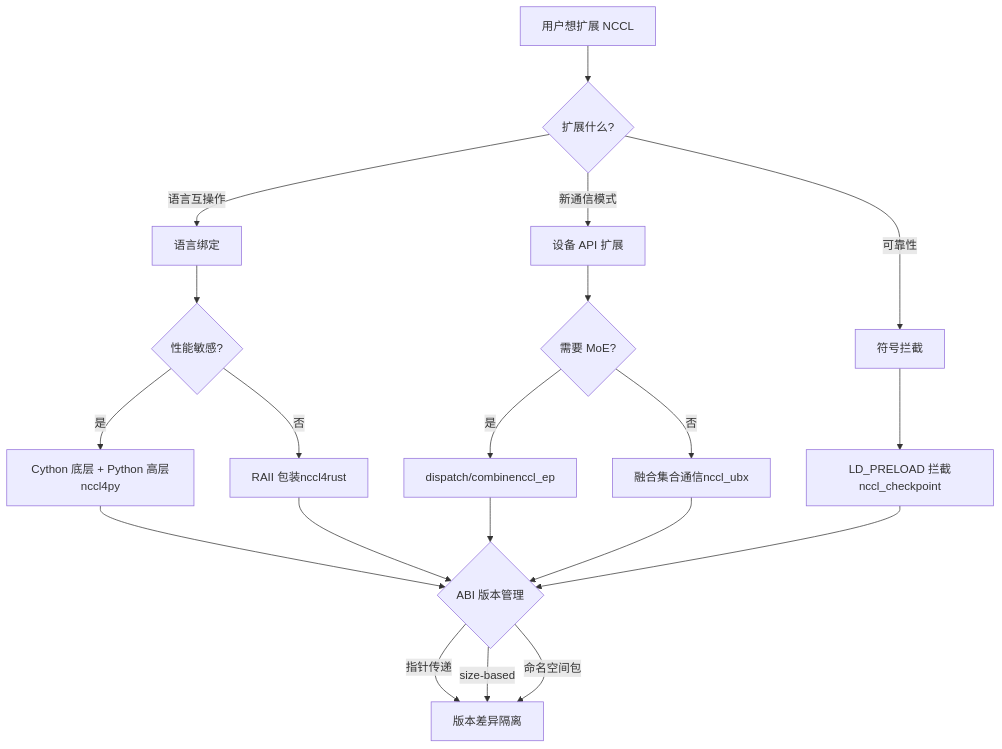
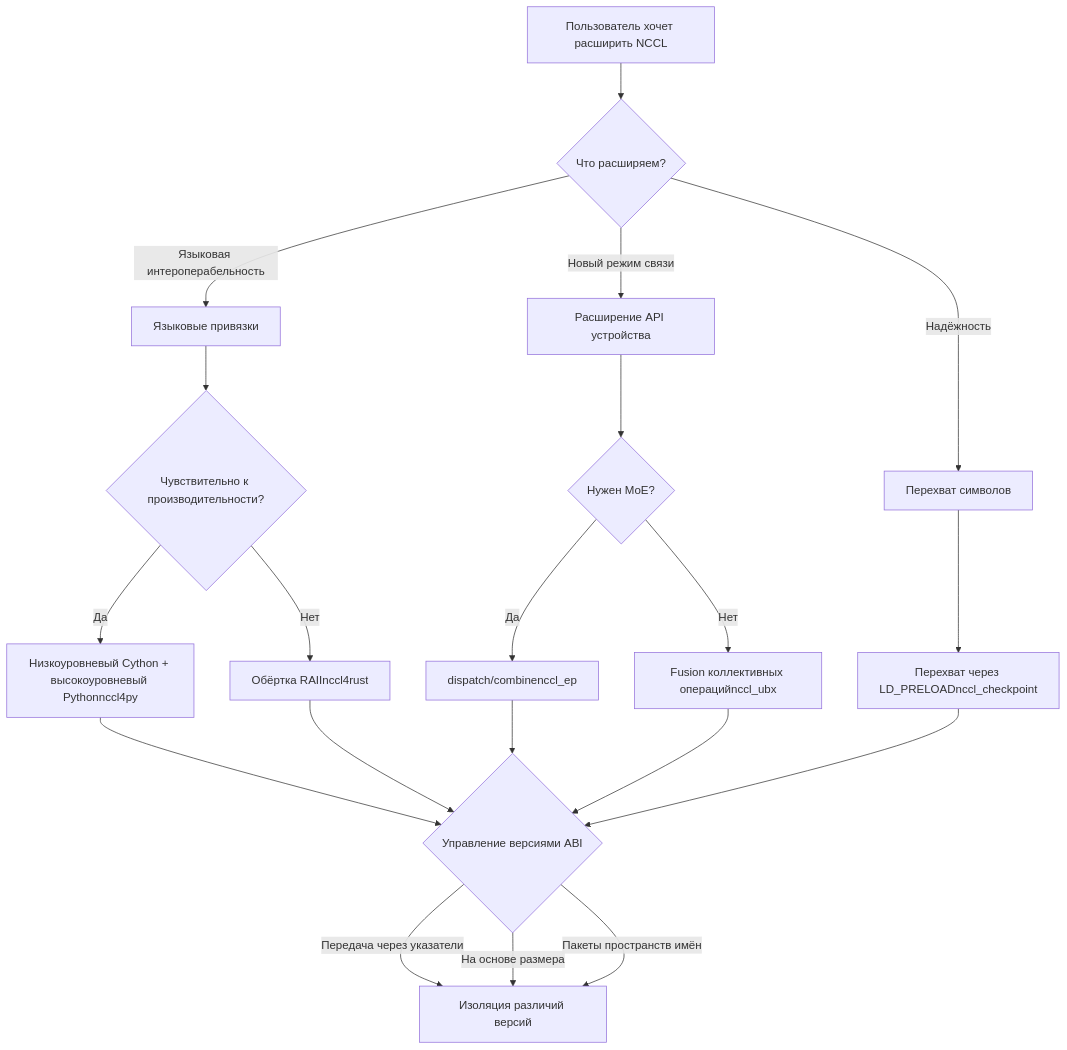
The second of 2 diagrams in books/nccl/ru/23-ecosystem-nccl4py-nccl4rust-nccl-ep.md (maleRjc/AiReadCodeBooks), drawn with Mermaid before and after one commit. The commit also changed other lines of this file and 74 other files, not shown here.

````diff
--- a/books/nccl/ru/23-ecosystem-nccl4py-nccl4rust-nccl-ep.md
+++ b/books/nccl/ru/23-ecosystem-nccl4py-nccl4rust-nccl-ep.md
@@ -370,22 +372,22 @@
 ```mermaid
 flowchart TD
-    start["用户想扩展 NCCL"] --> q1{"扩展什么?"}
-    q1 -->|"语言互操作"| lang["语言绑定"]
-    q1 -->|"新通信模式"| dev["设备 API 扩展"]
-    q1 -->|"可靠性"| ckpt["符号拦截"]
-    lang --> q2{"性能敏感?"}
-    q2 -->|"是"| cython["Cython 底层 + Python 高层nccl4py"]
-    q2 -->|"否"| raii["RAII 包装nccl4rust"]
-    dev --> q3{"需要 MoE?"}
-    q3 -->|"是"| ep["dispatch/combinenccl_ep"]
-    q3 -->|"否"| ubx["融合集合通信nccl_ubx"]
-    ckpt --> preload["LD_PRELOAD 拦截nccl_checkpoint"]
-    cython --> abi{"ABI 版本管理"}
+    start["Пользователь хочет расширить NCCL"] --> q1{"Что расширяем?"}
+    q1 -->|"Языковая интероперабельность"| lang["Языковые привязки"]
+    q1 -->|"Новый режим связи"| dev["Расширение API устройства"]
+    q1 -->|"Надёжность"| ckpt["Перехват символов"]
+    lang --> q2{"Чувствительно к производительности?"}
+    q2 -->|"Да"| cython["Низкоуровневый Cython + высокоуровневый Pythonnccl4py"]
+    q2 -->|"Нет"| raii["Обёртка RAIInccl4rust"]
+    dev --> q3{"Нужен MoE?"}
+    q3 -->|"Да"| ep["dispatch/combinenccl_ep"]
+    q3 -->|"Нет"| ubx["Fusion коллективных операцийnccl_ubx"]
+    ckpt --> preload["Перехват через LD_PRELOADnccl_checkpoint"]
+    cython --> abi{"Управление версиями ABI"}
     raii --> abi
     ep --> abi
     ubx --> abi
     preload --> abi
-    abi -->|"指针传递"| safe["版本差异隔离"]
-    abi -->|"size-based"| safe
-    abi -->|"命名空间包"| safe
+    abi -->|"Передача через указатели"| safe["Изоляция различий версий"]
+    abi -->|"На основе размера"| safe
+    abi -->|"Пакеты пространств имён"| safe
 ```
````
